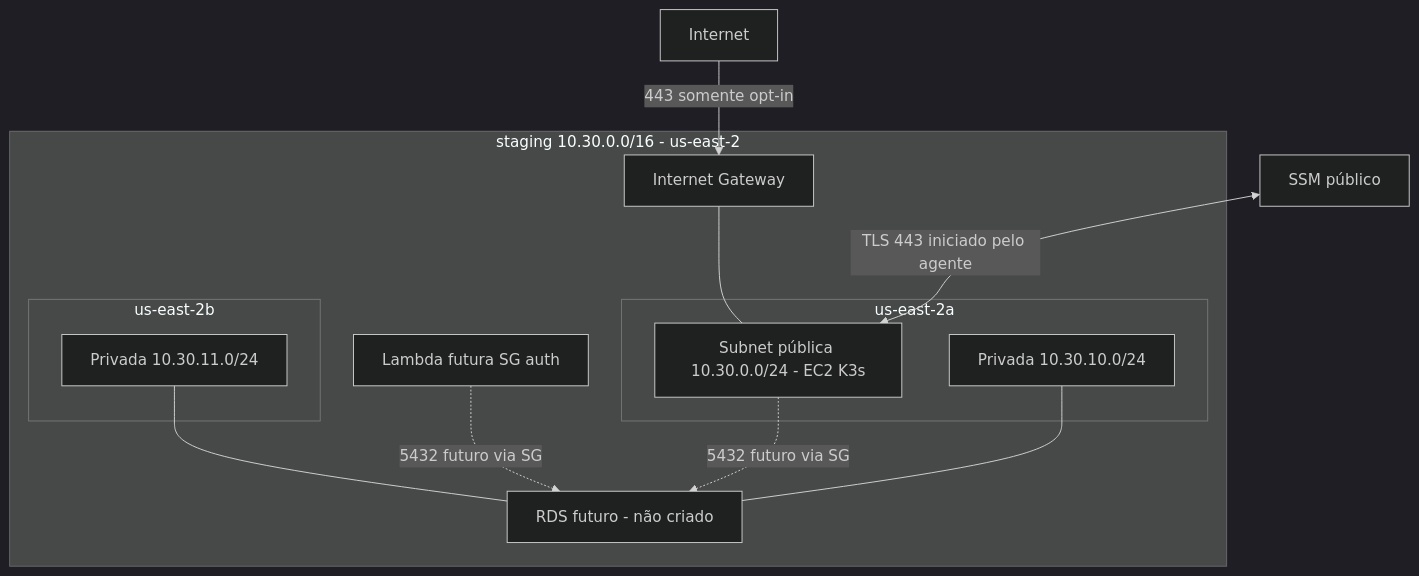
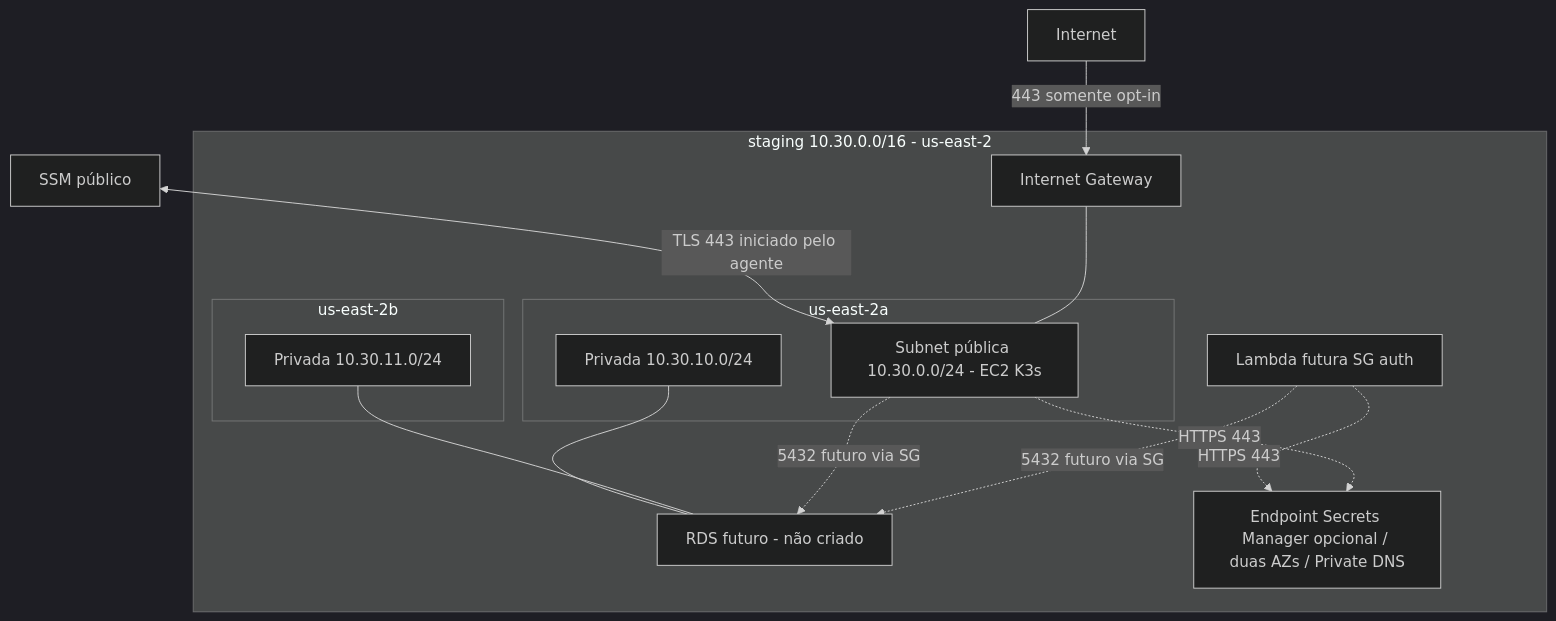
Before and after one commit to ppdssdev/tech-challenge-oficina-infra-k3s: the first of 2 diagrams in docs/aws-architecture.md, drawn with Mermaid (dark theme). The commit also changed other lines of this file and 19 other files, not shown here.

````diff
--- a/docs/aws-architecture.md
+++ b/docs/aws-architecture.md
@@ -8,20 +8,22 @@
 ```mermaid
 flowchart TB
   Internet -->|443 somente opt-in| IGW
   SSM[SSM público] <-->|TLS 443 iniciado pelo agente| EC2
   subgraph VPC[staging 10.30.0.0/16 - us-east-2]
     IGW[Internet Gateway]
     subgraph A[us-east-2a]
       EC2[Subnet pública 10.30.0.0/24 - EC2 K3s]
       P1[Privada 10.30.10.0/24]
     end
     subgraph B[us-east-2b]
       P2[Privada 10.30.11.0/24]
     end
     IGW --- EC2
     P1 --- RDS[RDS futuro - não criado]
     P2 --- RDS
     EC2 -. 5432 futuro via SG .-> RDS
     Lambda[Lambda futura SG auth] -. 5432 futuro via SG .-> RDS
+    Lambda -. HTTPS 443 .-> EP[Endpoint Secrets Manager opcional / duas AZs / Private DNS]
+    EC2 -. HTTPS 443 .-> EP
   end
 ```
````
